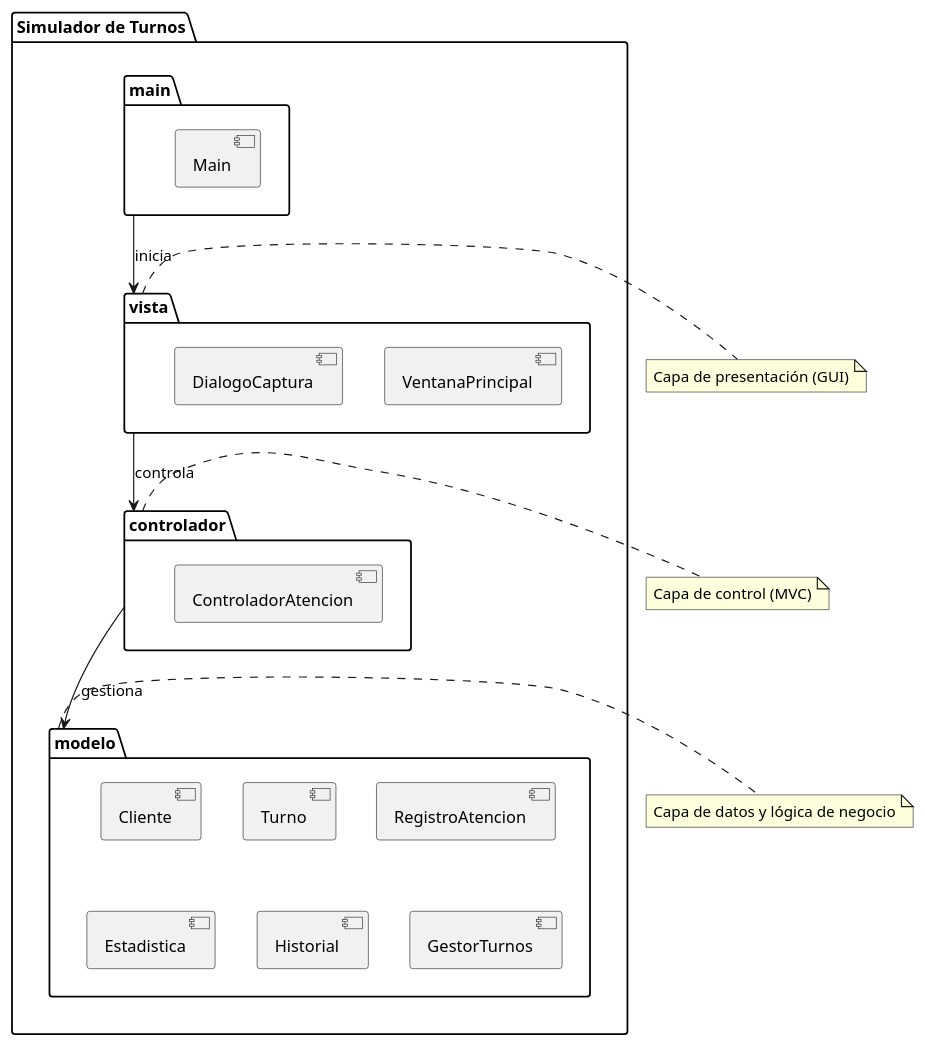
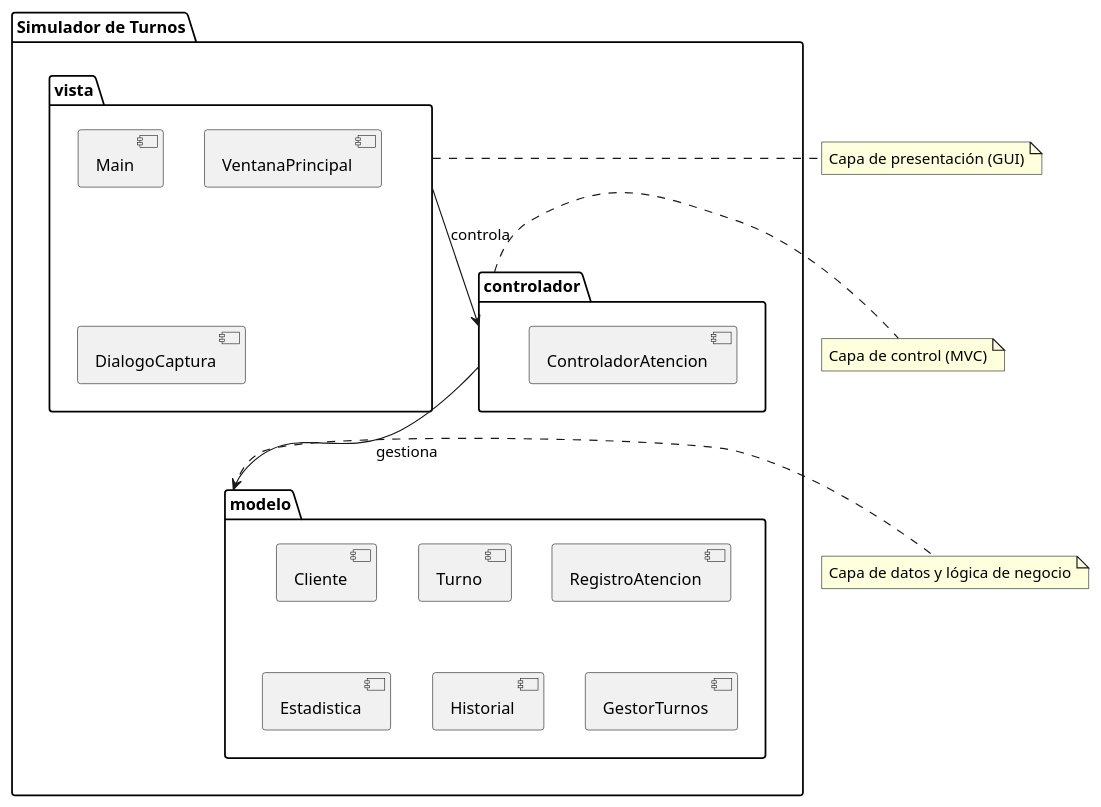
Before and after one commit to andrespitta414/linked-list-turnos: the diagram in package_diagram.puml, drawn with PlantUML. The commit also changed 13 other files, not shown here.

```diff
--- a/package_diagram.puml
+++ b/package_diagram.puml
@@ -1,35 +1,31 @@
 @startuml Package Diagram - Simulador de Turnos
 
 package "Simulador de Turnos" as main {
-    package "main" as main_package {
-        [Main]
-    }
-
     package "modelo" as modelo {
         [Cliente]
         [Turno]
         [RegistroAtencion]
         [Estadistica]
         [Historial]
         [GestorTurnos]
     }
 
     package "controlador" as controlador {
         [ControladorAtencion]
     }
 
     package "vista" as vista {
+        [Main]
         [VentanaPrincipal]
         [DialogoCaptura]
     }
 }
 
-main_package --> vista : inicia
 vista --> controlador : controla
 controlador --> modelo : gestiona
 
 note right of modelo : Capa de datos y lógica de negocio
 note right of vista : Capa de presentación (GUI)
 note right of controlador : Capa de control (MVC)
 
 @enduml
```
